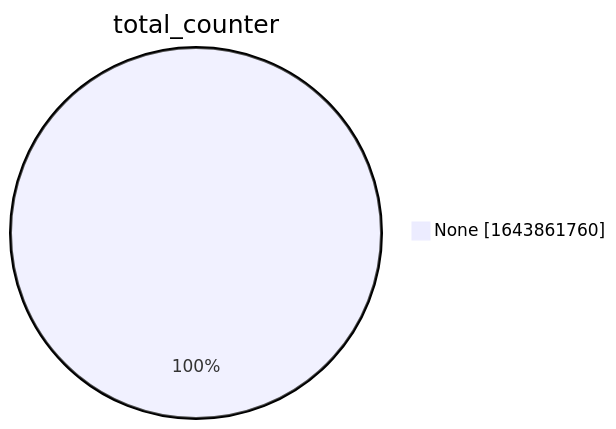
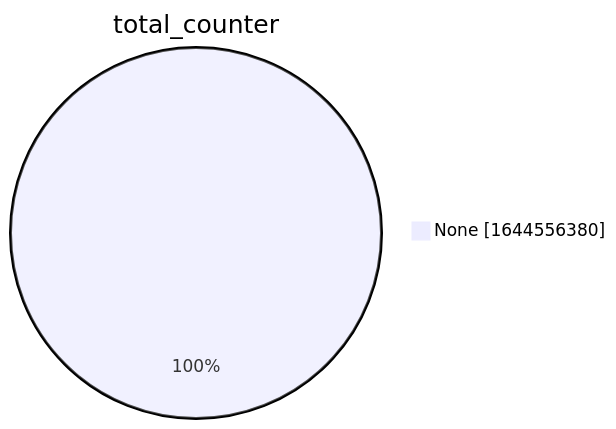
Before and after one commit to christiankrug/ctmonitor_visualization: the second of 15 diagrams in xenon2022/README.md, drawn with Mermaid. The commit also changed other lines of this file, not shown here.

````diff
--- a/xenon2022/README.md
+++ b/xenon2022/README.md
@@ -9,5 +9,5 @@
 ```mermaid
 pie showData
 title total_counter
-"None" :1643861760
+"None" :1644556380
 ```
````
